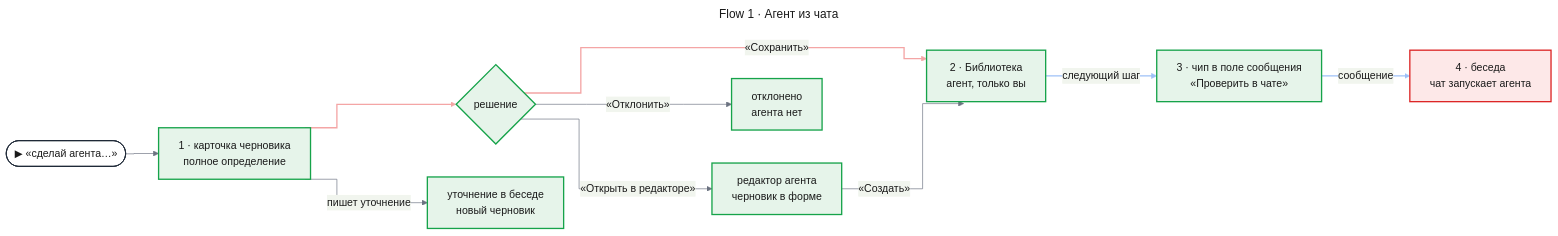
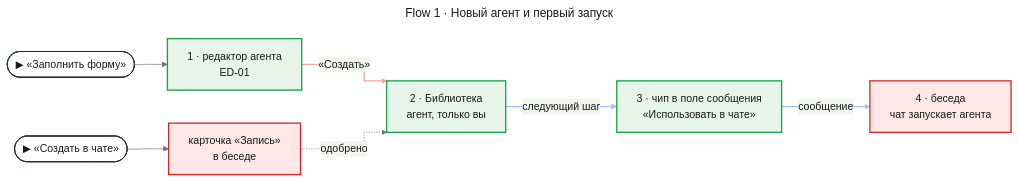
The second of 3 diagrams in docs/features/custom-agents/uxrd.md (tundraray/agent-os), drawn with Mermaid before and after one commit. The commit also changed other lines of this file and 1225 other files, not shown here.

````diff
--- a/docs/features/custom-agents/uxrd.md
+++ b/docs/features/custom-agents/uxrd.md
@@ -119,51 +113,44 @@
 ```mermaid
 ---
-title: "Flow 1 · Агент из чата"
+title: "Flow 1 · Новый агент и первый запуск"
 config:
   theme: base
   look: classic
   themeVariables:
     primaryColor: "#eef1f5"
     primaryBorderColor: "#4b5563"
     primaryTextColor: "#1a1a1a"
     lineColor: "#6b7280"
   flowchart:
     curve: step
   themeCSS: |
-    @keyframes lit_ca1{0%,22.5%{stroke:#991b1b;stroke-width:6px}25%,100%{stroke:#f4a5a5;stroke-width:2px}}
-    @keyframes litr_ca1{0%,22.5%{stroke:#1d4ed8;stroke-width:6px}25%,100%{stroke:#9ec1f7;stroke-width:2px}}
+    @keyframes lit_ca1{0%,30%{stroke:#991b1b;stroke-width:6px}33.33%,100%{stroke:#f4a5a5;stroke-width:2px}}
+    @keyframes litr_ca1{0%,30%{stroke:#1d4ed8;stroke-width:6px}33.33%,100%{stroke:#9ec1f7;stroke-width:2px}}
 ---
 flowchart LR
-    entry(["▶ «сделай агента…»"])
-    card["1 · карточка черновика<br/>полное определение"]
-    choice{"решение"}
+    form(["▶ «Заполнить форму»"])
+    talk(["▶ «Создать в чате»"])
+    editor["1 · редактор агента<br/>ED-01"]
+    card["карточка «Запись»<br/>в беседе"]
     lib["2 · Библиотека<br/>агент, только вы"]
-    chip["3 · чип в поле сообщения<br/>«Проверить в чате»"]
+    chip["3 · чип в поле сообщения<br/>«Использовать в чате»"]
     chat["4 · беседа<br/>чат запускает агента"]
-    more["уточнение в беседе<br/>новый черновик"]
-    editor["редактор агента<br/>черновик в форме"]
-    declined["отклонено<br/>агента нет"]
-    entry --> card
-    card e1@--> choice
-    choice e2@-->|"«Сохранить»"| lib
-    lib e3@-->|"следующий шаг"| chip
-    chip e4@-->|"сообщение"| chat
-    card -->|"пишет уточнение"| more
-    choice -->|"«Открыть в редакторе»"| editor
-    editor -->|"«Создать»"| lib
-    choice -->|"«Отклонить»"| declined
+    form --> editor
+    talk --> card
+    editor e1@-->|"«Создать»"| lib
+    card -.->|"одобрено"| lib
+    lib e2@-->|"следующий шаг"| chip
+    chip e3@-->|"сообщение"| chat
     classDef entry fill:#ffffff,stroke:#1f2937,stroke-width:1.5px,color:#1a1a1a
     classDef changed fill:#fde8e8,stroke:#dc2626,stroke-width:2px,color:#1a1a1a
     classDef new fill:#e6f4ea,stroke:#16a34a,stroke-width:2px,color:#1a1a1a
-    classDef w1 stroke:#f4a5a5,stroke-width:2px,animation:lit_ca1 4.8s linear 0s infinite
-    classDef w2 stroke:#f4a5a5,stroke-width:2px,animation:lit_ca1 4.8s linear 1.2s infinite
-    classDef r1 stroke:#9ec1f7,stroke-width:2px,animation:litr_ca1 4.8s linear 2.4s infinite
-    classDef r2 stroke:#9ec1f7,stroke-width:2px,animation:litr_ca1 4.8s linear 3.6s infinite
-    class entry entry
-    class chat changed
-    class card,choice,lib,chip,more,editor,declined new
+    classDef w1 stroke:#f4a5a5,stroke-width:2px,animation:lit_ca1 3.6s linear 0s infinite
+    classDef r1 stroke:#9ec1f7,stroke-width:2px,animation:litr_ca1 3.6s linear 1.2s infinite
+    classDef r2 stroke:#9ec1f7,stroke-width:2px,animation:litr_ca1 3.6s linear 2.4s infinite
+    class form,talk entry
+    class chat,card changed
+    class editor,lib,chip new
     class e1 w1
-    class e2 w2
-    class e3 r1
-    class e4 r2
+    class e2 r1
+    class e3 r2
 ```
````
